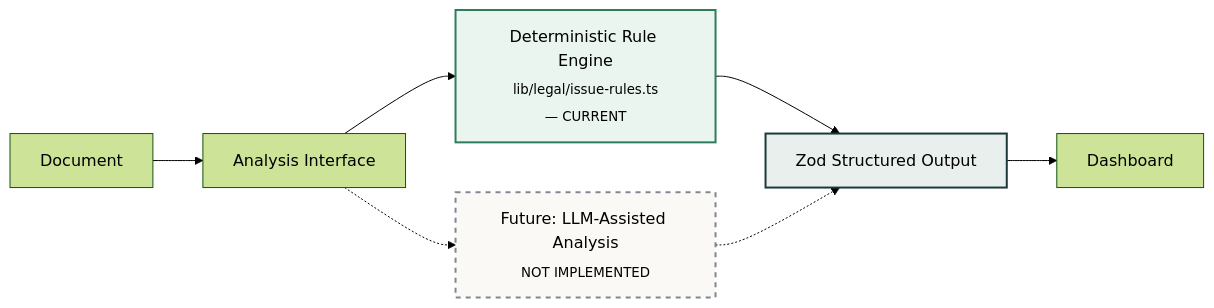
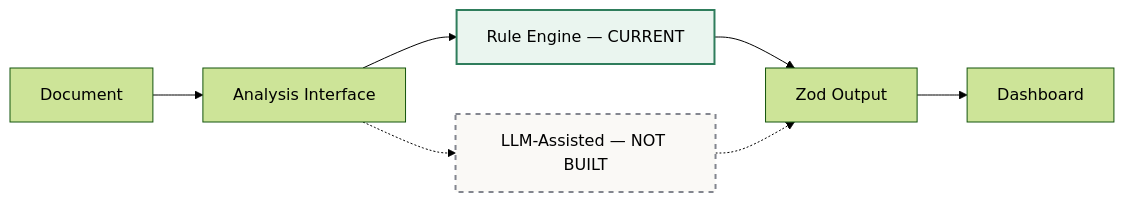
Before and after one commit to KodeMeister-YT/CivicShield: the eighth of 12 diagrams in README.md, drawn with Mermaid (forest theme). The commit also changed other lines of this file, not shown here.

Commit message:
docs: trim README prose, keep all diagrams and data

````diff
--- a/README.md
+++ b/README.md
@@ -264,14 +162,9 @@
 ```mermaid
 flowchart LR
     DOC[Document] --> AI[Analysis Interface]
-    AI --> RULE[Deterministic Rule Engine<br/><sub>lib/legal/issue-rules.ts<br/>— CURRENT</sub>]
-    RULE --> ZOD[Zod Structured Output]
-    ZOD --> DASH[Dashboard]
-
-    AI -.-> FUT[Future: LLM-Assisted Analysis<br/><sub>NOT IMPLEMENTED</sub>]
-    FUT -.-> ZOD
+    AI --> RULE[Rule Engine — CURRENT] --> ZOD[Zod Output] --> DASH[Dashboard]
+    AI -.-> FUT[LLM-Assisted — NOT BUILT] -.-> ZOD
 
     style RULE fill:#eaf5ef,stroke:#2f7d5c,stroke-width:2px
     style FUT fill:#faf9f6,stroke:#83868f,stroke-width:2px,stroke-dasharray: 5 5
-    style ZOD fill:#e8efec,stroke:#1c3a3a,stroke-width:2px
 ```
````
